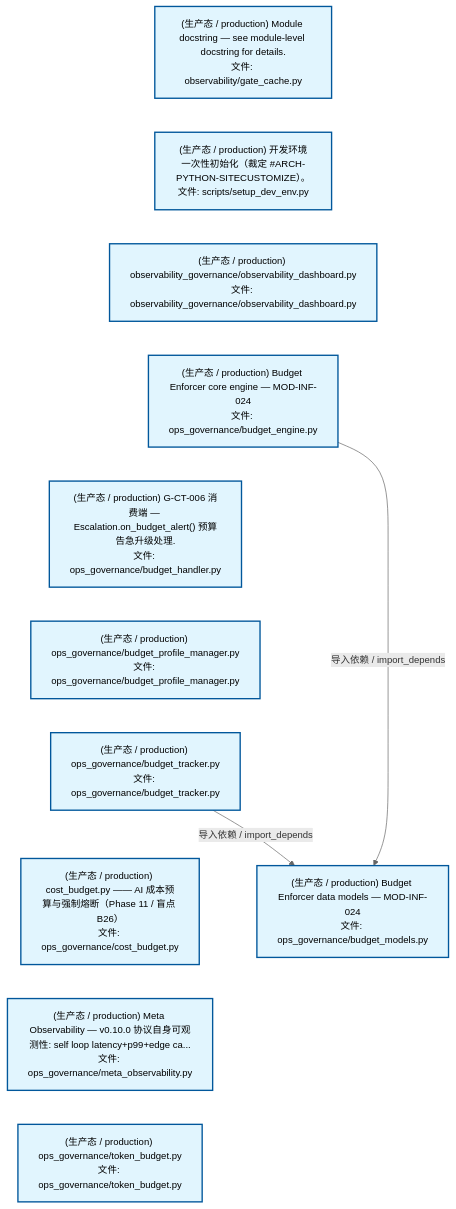
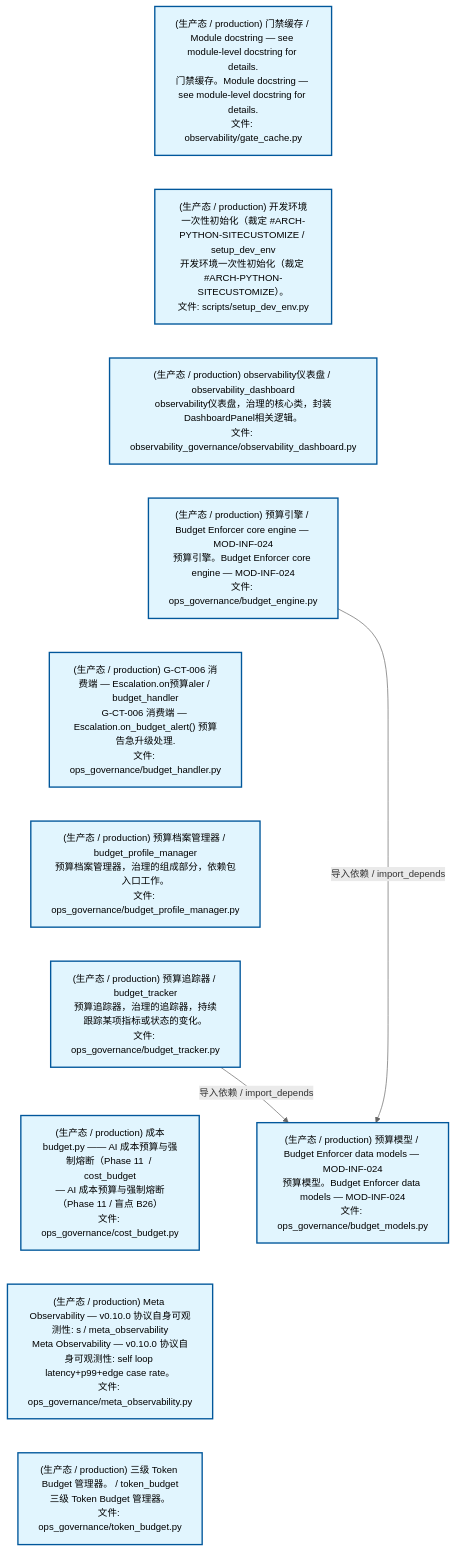
The second of 3 diagrams in docs/02_enterprise_architecture/02_domain_architecture_docs/24_d_ops.md (xuanFelixVan/ZephyrAlpha), drawn with Mermaid before and after one commit. The commit also changed other lines of this file and 60 other files, not shown here.

````diff
--- a/docs/02_enterprise_architecture/02_domain_architecture_docs/24_d_ops.md
+++ b/docs/02_enterprise_architecture/02_domain_architecture_docs/24_d_ops.md
@@ -125,31 +125,31 @@
 ```mermaid
 %%{init: {'theme': 'base', 'themeVariables': {'primaryColor': '#eaeaea', 'primaryTextColor': '#333333', 'primaryBorderColor': '#666666', 'lineColor': '#666666', 'secondaryColor': '#eaeaea', 'tertiaryColor': '#eaeaea', 'fontSize': '14px'}}}%%
 flowchart TD
-    scripts_governance_observability_gate_cache_py["(生产态 / production) Module docstring — see module-level docstring for details.<br/>文件: observability/gate_cache.py"]
-    scripts_setup_dev_env_py["(生产态 / production) 开发环境一次性初始化（裁定 #ARCH-PYTHON-SITECUSTOMIZE）。<br/>文件: scripts/setup_dev_env.py"]
-    src_zephyr_governance_observability_governance_observability_dashboard_py["(生产态 / production) observability_governance/observability_dashboard.py<br/>文件: observability_governance/observability_dashboard.py"]
-    src_zephyr_governance_ops_governance_budget_engine_py["(生产态 / production) Budget Enforcer core engine — MOD-INF-024<br/>文件: ops_governance/budget_engine.py"]
-    src_zephyr_governance_ops_governance_budget_handler_py["(生产态 / production) G-CT-006 消费端 — Escalation.on_budget_alert() 预算告急升级处理.<br/>文件: ops_governance/budget_handler.py"]
-    src_zephyr_governance_ops_governance_budget_profile_manager_py["(生产态 / production) ops_governance/budget_profile_manager.py<br/>文件: ops_governance/budget_profile_manager.py"]
-    src_zephyr_governance_ops_governance_budget_tracker_py["(生产态 / production) ops_governance/budget_tracker.py<br/>文件: ops_governance/budget_tracker.py"]
-    src_zephyr_governance_ops_governance_cost_budget_py["(生产态 / production) cost_budget.py —— AI 成本预算与强制熔断（Phase 11 / 盲点 B26）<br/>文件: ops_governance/cost_budget.py"]
-    src_zephyr_governance_ops_governance_meta_observability_py["(生产态 / production) Meta Observability — v0.10.0 协议自身可观测性: self loop latency+p99+edge ca...<br/>文件: ops_governance/meta_observability.py"]
-    src_zephyr_governance_ops_governance_token_budget_py["(生产态 / production) ops_governance/token_budget.py<br/>文件: ops_governance/token_budget.py"]
+    scripts_governance_observability_gate_cache_py["(生产态 / production) 门禁缓存 / Module docstring — see module-level docstring for details.<br/>门禁缓存。Module docstring — see module-level docstring for details.<br/>文件: observability/gate_cache.py"]
+    scripts_setup_dev_env_py["(生产态 / production) 开发环境一次性初始化（裁定 #ARCH-PYTHON-SITECUSTOMIZE / setup_dev_env<br/>开发环境一次性初始化（裁定 #ARCH-PYTHON-SITECUSTOMIZE）。<br/>文件: scripts/setup_dev_env.py"]
+    src_zephyr_governance_observability_governance_observability_dashboard_py["(生产态 / production) observability仪表盘 / observability_dashboard<br/>observability仪表盘，治理的核心类，封装DashboardPanel相关逻辑。<br/>文件: observability_governance/observability_dashboard.py"]
+    src_zephyr_governance_ops_governance_budget_engine_py["(生产态 / production) 预算引擎 / Budget Enforcer core engine — MOD-INF-024<br/>预算引擎。Budget Enforcer core engine — MOD-INF-024<br/>文件: ops_governance/budget_engine.py"]
+    src_zephyr_governance_ops_governance_budget_handler_py["(生产态 / production) G-CT-006 消费端 — Escalation.on预算aler / budget_handler<br/>G-CT-006 消费端 — Escalation.on_budget_alert() 预算告急升级处理.<br/>文件: ops_governance/budget_handler.py"]
+    src_zephyr_governance_ops_governance_budget_profile_manager_py["(生产态 / production) 预算档案管理器 / budget_profile_manager<br/>预算档案管理器，治理的组成部分，依赖包入口工作。<br/>文件: ops_governance/budget_profile_manager.py"]
+    src_zephyr_governance_ops_governance_budget_tracker_py["(生产态 / production) 预算追踪器 / budget_tracker<br/>预算追踪器，治理的追踪器，持续跟踪某项指标或状态的变化。<br/>文件: ops_governance/budget_tracker.py"]
+    src_zephyr_governance_ops_governance_cost_budget_py["(生产态 / production) 成本budget.py —— AI 成本预算与强制熔断（Phase 11  / cost_budget<br/>— AI 成本预算与强制熔断（Phase 11 / 盲点 B26）<br/>文件: ops_governance/cost_budget.py"]
+    src_zephyr_governance_ops_governance_meta_observability_py["(生产态 / production) Meta Observability — v0.10.0 协议自身可观测性: s / meta_observability<br/>Meta Observability — v0.10.0 协议自身可观测性: self loop latency+p99+edge case rate。<br/>文件: ops_governance/meta_observability.py"]
+    src_zephyr_governance_ops_governance_token_budget_py["(生产态 / production) 三级 Token Budget 管理器。 / token_budget<br/>三级 Token Budget 管理器。<br/>文件: ops_governance/token_budget.py"]
     scripts_governance_observability_gate_cache_py ~~~ scripts_setup_dev_env_py
     scripts_setup_dev_env_py ~~~ src_zephyr_governance_observability_governance_observability_dashboard_py
     src_zephyr_governance_observability_governance_observability_dashboard_py ~~~ src_zephyr_governance_ops_governance_budget_engine_py
     src_zephyr_governance_ops_governance_budget_engine_py ~~~ src_zephyr_governance_ops_governance_budget_handler_py
     src_zephyr_governance_ops_governance_budget_handler_py ~~~ src_zephyr_governance_ops_governance_budget_profile_manager_py
     src_zephyr_governance_ops_governance_budget_profile_manager_py ~~~ src_zephyr_governance_ops_governance_budget_tracker_py
     src_zephyr_governance_ops_governance_budget_tracker_py ~~~ src_zephyr_governance_ops_governance_cost_budget_py
     src_zephyr_governance_ops_governance_cost_budget_py ~~~ src_zephyr_governance_ops_governance_meta_observability_py
     src_zephyr_governance_ops_governance_meta_observability_py ~~~ src_zephyr_governance_ops_governance_token_budget_py
-    src_zephyr_governance_ops_governance_budget_models_py["(生产态 / production) Budget Enforcer data models — MOD-INF-024<br/>文件: ops_governance/budget_models.py"]
+    src_zephyr_governance_ops_governance_budget_models_py["(生产态 / production) 预算模型 / Budget Enforcer data models — MOD-INF-024<br/>预算模型。Budget Enforcer data models — MOD-INF-024<br/>文件: ops_governance/budget_models.py"]
     src_zephyr_governance_ops_governance_budget_engine_py -->|导入依赖 / import_depends| src_zephyr_governance_ops_governance_budget_models_py
     src_zephyr_governance_ops_governance_budget_tracker_py -->|导入依赖 / import_depends| src_zephyr_governance_ops_governance_budget_models_py
     classDef production fill:#e1f5fe,stroke:#01579b,stroke-width:2px,color:#000
     classDef design fill:#fff3e0,stroke:#e65100,stroke-width:2px,color:#000,stroke-dasharray: 5 5
     classDef external_prod fill:#e8f4fd,stroke:#0277bd,stroke-width:1px,color:#000
     classDef external_design fill:#fff8e7,stroke:#ef6c00,stroke-width:1px,color:#000,stroke-dasharray: 5 5
     class scripts_governance_observability_gate_cache_py,scripts_setup_dev_env_py,src_zephyr_governance_observability_governance_observability_dashboard_py,src_zephyr_governance_ops_governance_budget_engine_py,src_zephyr_governance_ops_governance_budget_handler_py,src_zephyr_governance_ops_governance_budget_models_py,src_zephyr_governance_ops_governance_budget_profile_manager_py,src_zephyr_governance_ops_governance_budget_tracker_py,src_zephyr_governance_ops_governance_cost_budget_py,src_zephyr_governance_ops_governance_meta_observability_py,src_zephyr_governance_ops_governance_token_budget_py production
 ```
````
